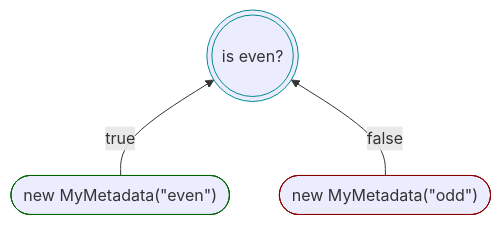
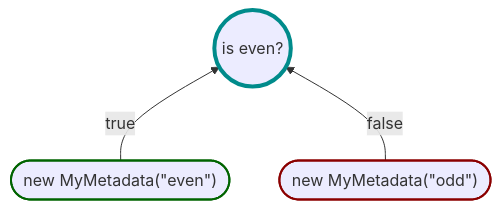
One commit to karlssberg/Motiv changed the fourth of 5 diagrams in index.md. Above: the diagram before and after it, drawn with Mermaid. The commit also changed other lines of this file and 8 other files, not shown here.

Commit message:
restyled diagrams corrected typos

````diff
--- a/index.md
+++ b/index.md
@@ -142,10 +142,10 @@
 ```mermaid
 flowchart BT
 
-    True([new MyMetadata&lpar;&quot;even&quot;&rpar;]) -->|true| P(((is even?)))
+    True([new MyMetadata&lpar;&quot;even&quot;&rpar;]) -->|true| P((is even?))
     False([new MyMetadata&lpar;&quot;odd&quot;&rpar;]) -->|false| P
 
-    style P stroke:darkcyan
-    style True stroke:darkgreen
-    style False stroke:darkred
+    style P stroke:darkcyan,stroke-width:4px
+    style True stroke:darkgreen,stroke-width:2px
+    style False stroke:darkred,stroke-width:2px
 ```
````
